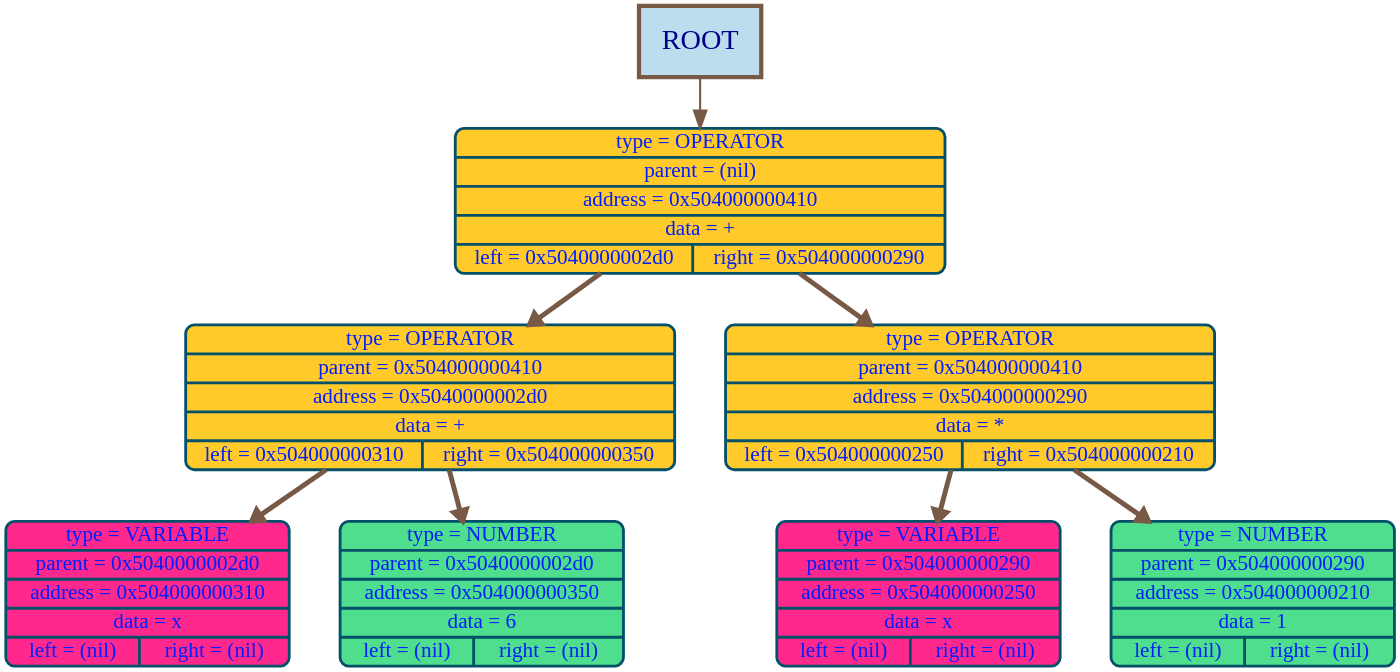
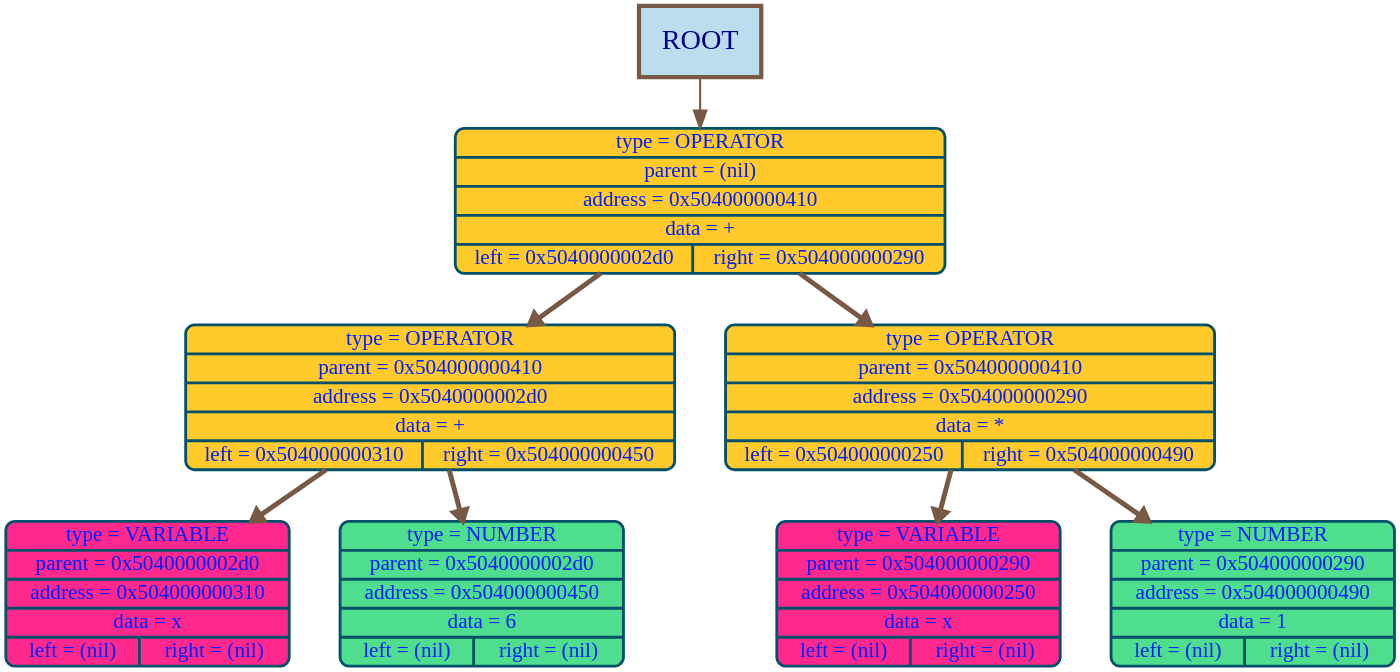
One commit to timoko3/diffirenciator changed the diagram in graphDumps/graphDump.dot. Above: the diagram before and after it, drawn with Graphviz. The commit also changed 16 other files, not shown here.

```diff
--- a/graphDumps/graphDump.dot
+++ b/graphDumps/graphDump.dot
@@ -1,22 +1,22 @@
 digraph G {
 bgcolor="transparent"
 nodesep = 1;
 ranksep = 1
 	node [shape=Mrecord, style="filled", fillcolor="#70c07cff", fontcolor="#001effff", color="#035068ff", penwidth=4, fontname="Menlo", fontsize=30];
 
 	node1040 [label="{type = OPERATOR | parent = (nil) | address = 0x504000000410 | data = + | {left = 0x5040000002d0 | right = 0x504000000290}} ", fillcolor="#ffca2aff"];
-	node720 [label="{type = OPERATOR | parent = 0x504000000410 | address = 0x5040000002d0 | data = + | {left = 0x504000000310 | right = 0x504000000350}} ", fillcolor="#ffca2aff"];
+	node720 [label="{type = OPERATOR | parent = 0x504000000410 | address = 0x5040000002d0 | data = + | {left = 0x504000000310 | right = 0x504000000450}} ", fillcolor="#ffca2aff"];
 	node784 [label="{type = VARIABLE | parent = 0x5040000002d0 | address = 0x504000000310 | data = x | {left = (nil) | right = (nil)}} ", fillcolor="#ff298dff"];
-	node848 [label="{type = NUMBER | parent = 0x5040000002d0 | address = 0x504000000350 | data = 6 | {left = (nil) | right = (nil)}} ", fillcolor="#4ede8dff"];
-	node656 [label="{type = OPERATOR | parent = 0x504000000410 | address = 0x504000000290 | data = * | {left = 0x504000000250 | right = 0x504000000210}} ", fillcolor="#ffca2aff"];
+	node1104 [label="{type = NUMBER | parent = 0x5040000002d0 | address = 0x504000000450 | data = 6 | {left = (nil) | right = (nil)}} ", fillcolor="#4ede8dff"];
+	node656 [label="{type = OPERATOR | parent = 0x504000000410 | address = 0x504000000290 | data = * | {left = 0x504000000250 | right = 0x504000000490}} ", fillcolor="#ffca2aff"];
 	node592 [label="{type = VARIABLE | parent = 0x504000000290 | address = 0x504000000250 | data = x | {left = (nil) | right = (nil)}} ", fillcolor="#ff298dff"];
-	node528 [label="{type = NUMBER | parent = 0x504000000290 | address = 0x504000000210 | data = 1 | {left = (nil) | right = (nil)}} ", fillcolor="#4ede8dff"];
+	node1168 [label="{type = NUMBER | parent = 0x504000000290 | address = 0x504000000490 | data = 1 | {left = (nil) | right = (nil)}} ", fillcolor="#4ede8dff"];
 node1040 ->node720 [color="#785946ff", arrowsize=1.5, penwidth=7, weight=1000];
 node720 ->node784 [color="#785946ff", arrowsize=1.5, penwidth=7, weight=1000];
-node720->node848 [color="#785946ff", arrowsize=1.5, penwidth=7, weight=1000];
+node720->node1104 [color="#785946ff", arrowsize=1.5, penwidth=7, weight=1000];
 node1040->node656 [color="#785946ff", arrowsize=1.5, penwidth=7, weight=1000];
 node656 ->node592 [color="#785946ff", arrowsize=1.5, penwidth=7, weight=1000];
-node656->node528 [color="#785946ff", arrowsize=1.5, penwidth=7, weight=1000];
+node656->node1168 [color="#785946ff", arrowsize=1.5, penwidth=7, weight=1000];
 root_label [shape=box, width = 2.4, height = 1.4, label="ROOT", style="filled", fillcolor="#BBDDEE", color="#785946ff", penwidth = 6,  fontcolor="darkblue", fontsize = 40];
 root_label -> node1040 [color="#785946ff"  , arrowsize=2.5, penwidth=3];
 }
```
